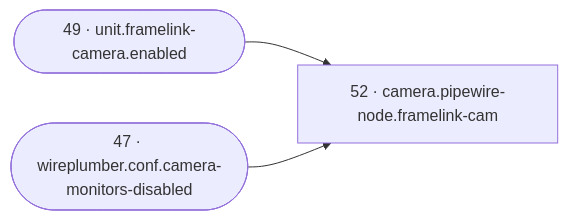
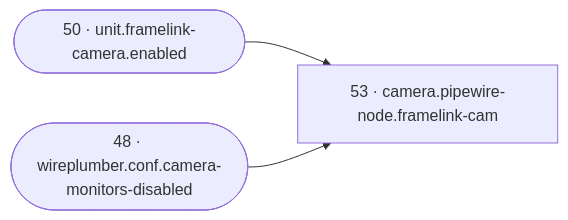
Diagram 17 of 21 in reference/reconcile-dag.md (SixFive7/FrameLink), drawn with Mermaid before and after one commit. The commit also changed other lines of this file and 5 other files, not shown here.

````diff
--- a/reference/reconcile-dag.md
+++ b/reference/reconcile-dag.md
@@ -458,8 +460,8 @@
 ```mermaid
 flowchart LR
-  r52["52 · camera.pipewire-node.framelink-cam"]
-  r47(["47 · wireplumber.conf.camera-monitors-disabled"])
-  r49(["49 · unit.framelink-camera.enabled"])
-  r49 --> r52
-  r47 --> r52
+  r53["53 · camera.pipewire-node.framelink-cam"]
+  r48(["48 · wireplumber.conf.camera-monitors-disabled"])
+  r50(["50 · unit.framelink-camera.enabled"])
+  r50 --> r53
+  r48 --> r53
 ```
````
